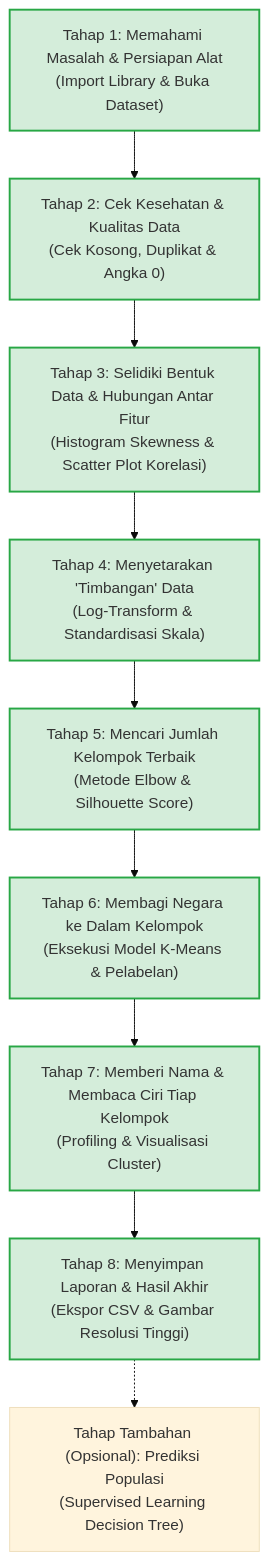
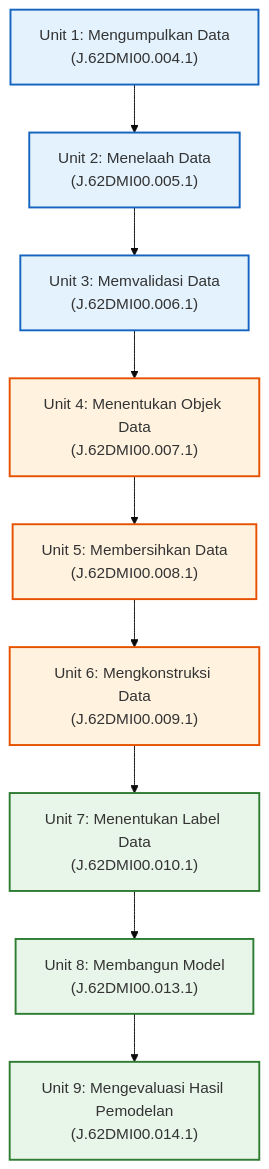
The diagram in task.md (10040818/associate_data_scientist_world_demographic_clustering), drawn with Mermaid (base theme) before and after one commit. The commit also changed other lines of this file and 9 other files, not shown here.

````diff
--- a/task.md
+++ b/task.md
@@ -19,20 +26,21 @@
 ```mermaid
 graph TD
-    T1["Tahap 1: Memahami Masalah & Persiapan Alat<br/>(Import Library & Buka Dataset)"] --> T2["Tahap 2: Cek Kesehatan & Kualitas Data<br/>(Cek Kosong, Duplikat & Angka 0)"]
-    T2 --> T3["Tahap 3: Selidiki Bentuk Data & Hubungan Antar Fitur<br/>(Histogram Skewness & Scatter Plot Korelasi)"]
-    T3 --> T4["Tahap 4: Menyetarakan 'Timbangan' Data<br/>(Log-Transform & Standardisasi Skala)"]
-    T4 --> T5["Tahap 5: Mencari Jumlah Kelompok Terbaik<br/>(Metode Elbow & Silhouette Score)"]
-    T5 --> T6["Tahap 6: Membagi Negara ke Dalam Kelompok<br/>(Eksekusi Model K-Means & Pelabelan)"]
-    T6 --> T7["Tahap 7: Memberi Nama & Membaca Ciri Tiap Kelompok<br/>(Profiling & Visualisasi Cluster)"]
-    T7 --> T8["Tahap 8: Menyimpan Laporan & Hasil Akhir<br/>(Ekspor CSV & Gambar Resolusi Tinggi)"]
-    T8 -.-> T9["Tahap Tambahan (Opsional): Prediksi Populasi<br/>(Supervised Learning Decision Tree)"]
+    U1["Unit 1: Mengumpulkan Data<br/>(J.62DMI00.004.1)"] --> U2["Unit 2: Menelaah Data<br/>(J.62DMI00.005.1)"]
+    U2 --> U3["Unit 3: Memvalidasi Data<br/>(J.62DMI00.006.1)"]
+    U3 --> U4["Unit 4: Menentukan Objek Data<br/>(J.62DMI00.007.1)"]
+    U4 --> U5["Unit 5: Membersihkan Data<br/>(J.62DMI00.008.1)"]
+    U5 --> U6["Unit 6: Mengkonstruksi Data<br/>(J.62DMI00.009.1)"]
+    U6 --> U7["Unit 7: Menentukan Label Data<br/>(J.62DMI00.010.1)"]
+    U7 --> U8["Unit 8: Membangun Model<br/>(J.62DMI00.013.1)"]
+    U8 --> U9["Unit 9: Mengevaluasi Hasil Pemodelan<br/>(J.62DMI00.014.1)"]
 
-    style T1 fill:#d4edda,stroke:#28a745,stroke-width:2px;
-    style T2 fill:#d4edda,stroke:#28a745,stroke-width:2px;
-    style T3 fill:#d4edda,stroke:#28a745,stroke-width:2px;
-    style T4 fill:#d4edda,stroke:#28a745,stroke-width:2px;
-    style T5 fill:#d4edda,stroke:#28a745,stroke-width:2px;
-    style T6 fill:#d4edda,stroke:#28a745,stroke-width:2px;
-    style T7 fill:#d4edda,stroke:#28a745,stroke-width:2px;
-    style T8 fill:#d4edda,stroke:#28a745,stroke-width:2px;
+    style U1 fill:#e3f2fd,stroke:#1565c0,stroke-width:2px;
+    style U2 fill:#e3f2fd,stroke:#1565c0,stroke-width:2px;
+    style U3 fill:#e3f2fd,stroke:#1565c0,stroke-width:2px;
+    style U4 fill:#fff3e0,stroke:#e65100,stroke-width:2px;
+    style U5 fill:#fff3e0,stroke:#e65100,stroke-width:2px;
+    style U6 fill:#fff3e0,stroke:#e65100,stroke-width:2px;
+    style U7 fill:#e8f5e9,stroke:#2e7d32,stroke-width:2px;
+    style U8 fill:#e8f5e9,stroke:#2e7d32,stroke-width:2px;
+    style U9 fill:#e8f5e9,stroke:#2e7d32,stroke-width:2px;
 ```
````
